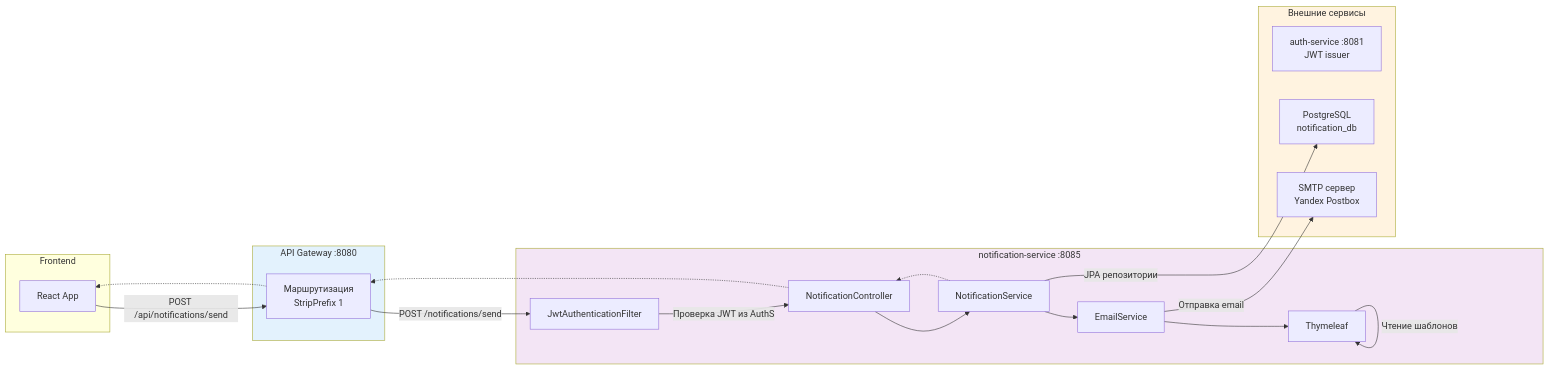
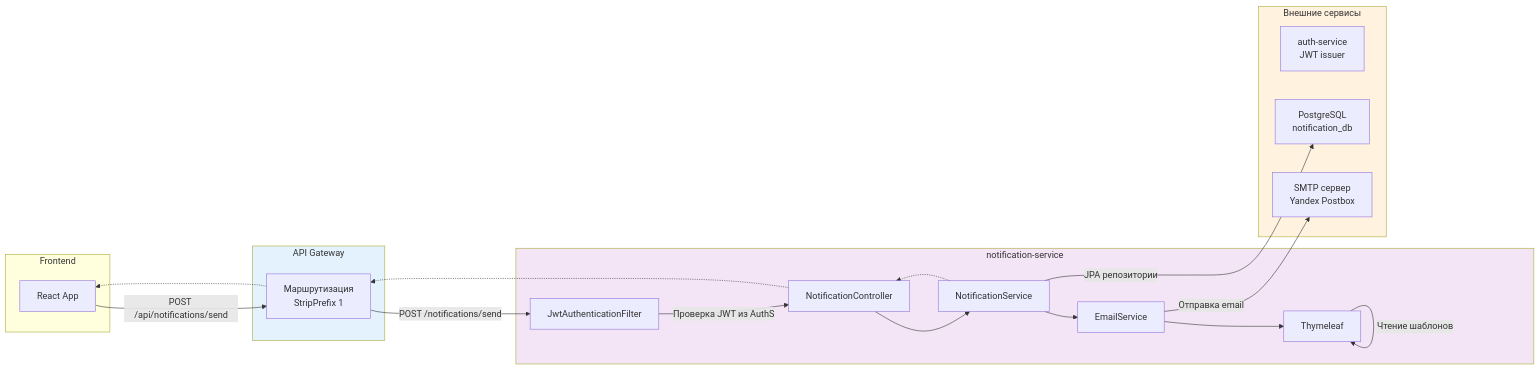
Before and after one commit to PawKorchagin/hrofos-domain-register: the third of 4 diagrams in notification-service/README.md, drawn with Mermaid. The commit also changed other lines of this file and 7 other files, not shown here.

````diff
--- a/notification-service/README.md
+++ b/notification-service/README.md
@@ -241,41 +266,41 @@
 ```mermaid
 flowchart LR
-    subgraph Frontend[Frontend]
+    subgraph FrontendLane["         Frontend"]
         Client[React App]
     end
 
-    subgraph Gateway[API Gateway :8080]
+    subgraph GatewayLane["         API Gateway"]
         Router[Маршрутизация<br/>StripPrefix 1]
     end
 
-    subgraph Notif[notification-service :8085]
+    subgraph NotificationLane["         notification-service"]
         Filter[JwtAuthenticationFilter]
         Controller[NotificationController]
         Service[NotificationService]
         EmailS[EmailService]
         Template[Thymeleaf]
     end
 
-    subgraph External[Внешние сервисы]
-        AuthS[auth-service :8081<br/>JWT issuer]
+    subgraph ExternalLane["         Внешние сервисы"]
+        AuthS[auth-service<br/>JWT issuer]
         SMTP[SMTP сервер<br/>Yandex Postbox]
         DB[PostgreSQL<br/>notification_db]
     end
 
     Client -->|POST /api/notifications/send| Router
     Router -->|POST /notifications/send| Filter
     Filter -->|Проверка JWT из AuthS| Controller
     Controller --> Service
     Service --> EmailS
     EmailS --> Template
     Template -->|Чтение шаблонов| Template
     EmailS -->|Отправка email| SMTP
     Service -->|JPA репозитории| DB
     Service -.-> Controller
     Controller -.-> Router
     Router -.-> Client
 
-    style Gateway fill:#e3f2fd
-    style Notif fill:#f3e5f5
-    style External fill:#fff3e0
+    style GatewayLane fill:#e3f2fd
+    style NotificationLane fill:#f3e5f5
+    style ExternalLane fill:#fff3e0
 ```
````
